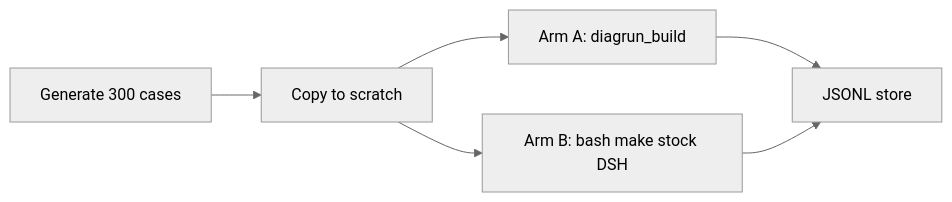
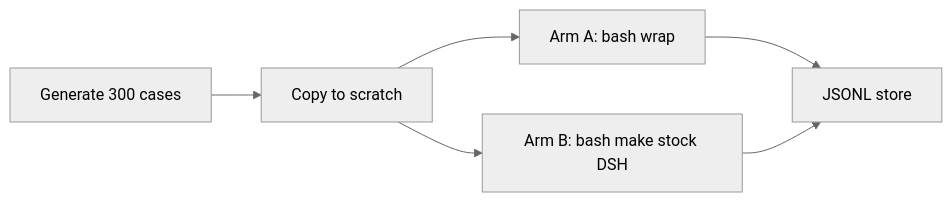
The diagram in docs/ab300-plan.md (marcobarlo/DumpSquasher), drawn with Mermaid (neutral theme) before and after one commit. The commit also changed other lines of this file and 27 other files, not shown here.

First line of the commit message:
Wrap DSH bash compiles and report 300-case dump-share savings.

````diff
--- a/docs/ab300-plan.md
+++ b/docs/ab300-plan.md
@@ -50,10 +50,10 @@
 ```mermaid
 flowchart LR
   gen[Generate 300 cases]
   copy[Copy to scratch]
-  withArm["Arm A: diagrun_build"]
+  withArm["Arm A: bash wrap"]
   noArm["Arm B: bash make stock DSH"]
   store[JSONL store]
   gen --> copy --> withArm --> store
   copy --> noArm --> store
 ```
````
